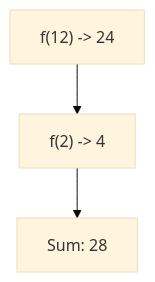
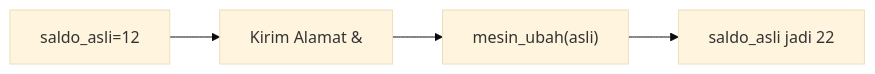
One commit to amnahwaida/OSNK_INF_PREP changed the first of 25 diagrams in part-c-pemahaman-cpp/04-fungsi/latihan/set-11.md. Above: the diagram before and after it, drawn with Mermaid (base theme). The commit also changed other lines of this file and 71 other files, not shown here.

````diff
--- a/part-c-pemahaman-cpp/04-fungsi/latihan/set-11.md
+++ b/part-c-pemahaman-cpp/04-fungsi/latihan/set-11.md
@@ -21,5 +21,6 @@
 ```mermaid
-graph TD
-A["f(12) -> 24"] --> B["f(2) -> 4"]
-B --> C["Sum: 28"]
+graph LR
+A["saldo_asli=12"] --> B["Kirim Alamat &"]
+B --> C["mesin_ubah(asli)"]
+C --> D["saldo_asli jadi 22"]
 ```
````
